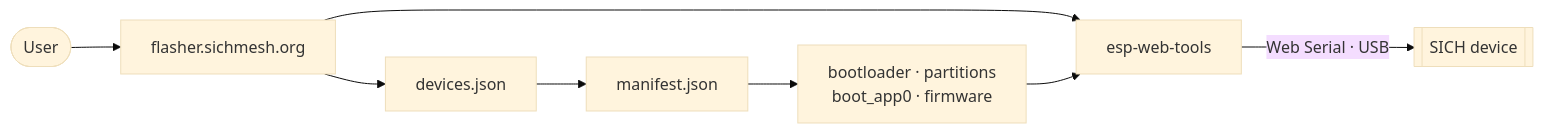
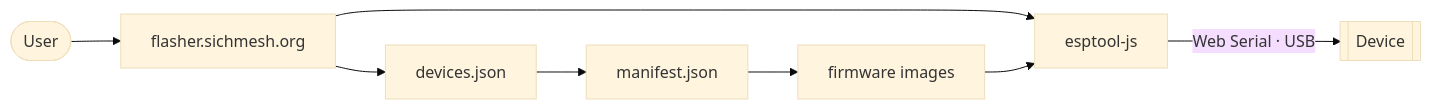
One commit to sichmesh/web-flasher changed the diagram in README.md. Above: the diagram before and after it, drawn with Mermaid (base theme). The commit also changed other lines of this file and 18 other files, not shown here.

Commit message:
Redesign the web flasher: device catalogue, flash dialog, esptool-js

````diff
--- a/README.md
+++ b/README.md
@@ -97,10 +102,10 @@
 ```mermaid
 flowchart LR
     U([User]) --> F["flasher.sichmesh.org"]
     F --> J["devices.json"]
     J --> M["manifest.json"]
-    M --> B["bootloader · partitions<br/>boot_app0 · firmware"]
-    F --> W["esp-web-tools"]
-    B --> W
-    W -- "Web Serial · USB" --> D[["SICH device"]]
+    M --> B["firmware images"]
+    F --> E["esptool-js"]
+    B --> E
+    E -- "Web Serial · USB" --> D[["Device"]]
 ```
````
